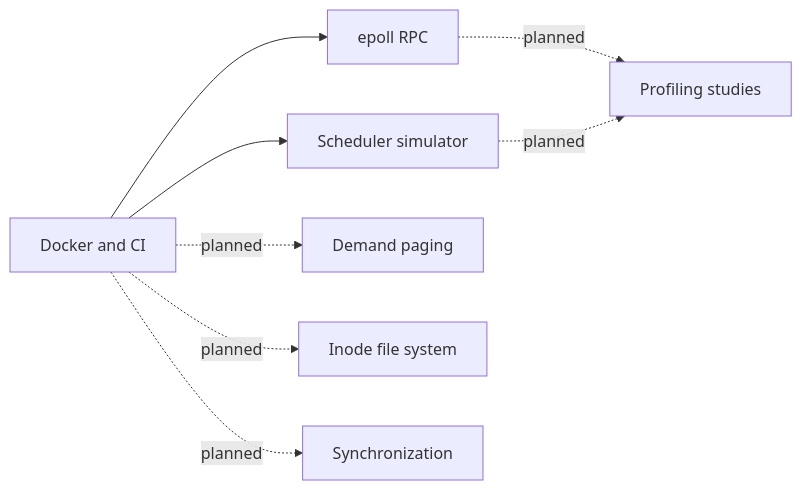
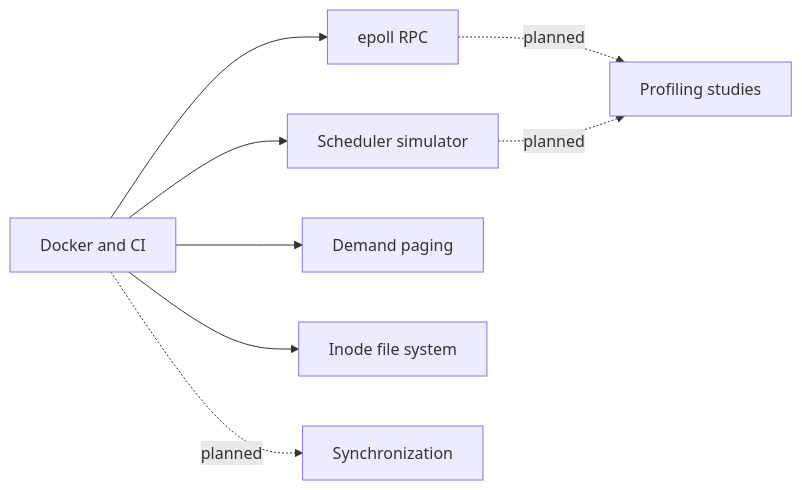
Before and after one commit to NickZhuxy/os-subsystems: the diagram in README.md, drawn with Mermaid. The commit also changed other lines of this file and 36 other files, not shown here.

````diff
--- a/README.md
+++ b/README.md
@@ -10,10 +10,10 @@
 ```mermaid
 flowchart LR
   Docker[Docker and CI] --> RPC[epoll RPC]
   Docker --> Sched[Scheduler simulator]
-  Docker -. planned .-> VM[Demand paging]
-  Docker -. planned .-> FS[Inode file system]
+  Docker --> VM[Demand paging]
+  Docker --> FS[Inode file system]
   Docker -. planned .-> Sync[Synchronization]
   RPC -. planned .-> Bench[Profiling studies]
   Sched -. planned .-> Bench
 ```
````
